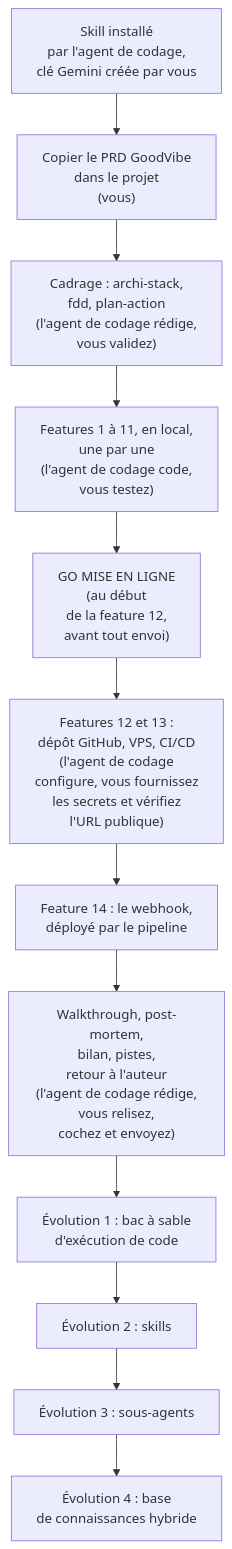
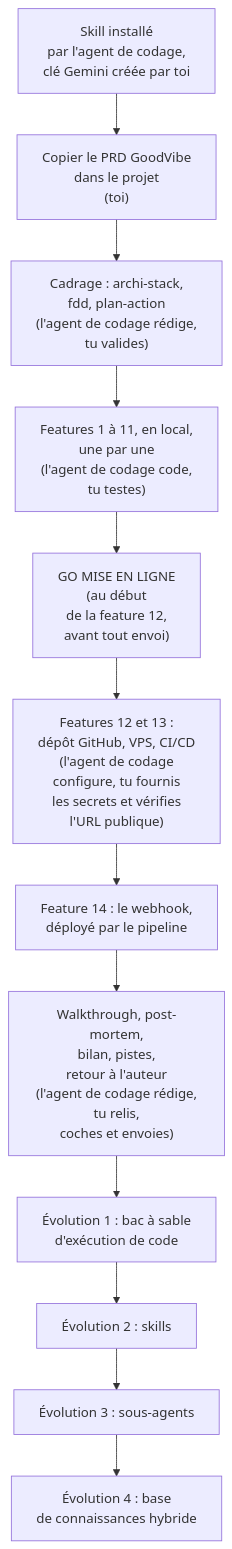
One commit to lecinquiemejour-code/goodvibe-tuto changed the first of 42 diagrams in tuto-goodvibe-vibecoding.md. Above: the diagram before and after it, drawn with Mermaid. The commit also changed other lines of this file, not shown here.

Commit message:
docs(tuto): les sections 1 à 4 tutoient le pilote, du titre à la ceinture

````diff
--- a/tuto-goodvibe-vibecoding.md
+++ b/tuto-goodvibe-vibecoding.md
@@ -213,14 +213,14 @@
 ```mermaid
 flowchart TD
-    A["Skill installé<br/>par l'agent de codage,<br/>clé Gemini créée par vous"] --> B["Copier le PRD GoodVibe<br/>dans le projet<br/>(vous)"]
-    B --> C["Cadrage : archi-stack,<br/>fdd, plan-action<br/>(l'agent de codage rédige,<br/>vous validez)"]
-    C --> D["Features 1 à 11, en local,<br/>une par une<br/>(l'agent de codage code,<br/>vous testez)"]
+    A["Skill installé<br/>par l'agent de codage,<br/>clé Gemini créée par toi"] --> B["Copier le PRD GoodVibe<br/>dans le projet<br/>(toi)"]
+    B --> C["Cadrage : archi-stack,<br/>fdd, plan-action<br/>(l'agent de codage rédige,<br/>tu valides)"]
+    C --> D["Features 1 à 11, en local,<br/>une par une<br/>(l'agent de codage code,<br/>tu testes)"]
     D --> F["GO MISE EN LIGNE<br/>(au début<br/>de la feature 12,<br/>avant tout envoi)"]
-    F --> E["Features 12 et 13 :<br/>dépôt GitHub, VPS, CI/CD<br/>(l'agent de codage<br/>configure, vous fournissez<br/>les secrets et vérifiez<br/>l'URL publique)"]
+    F --> E["Features 12 et 13 :<br/>dépôt GitHub, VPS, CI/CD<br/>(l'agent de codage<br/>configure, tu fournis<br/>les secrets et vérifies<br/>l'URL publique)"]
     E --> F2["Feature 14 : le webhook,<br/>déployé par le pipeline"]
-    F2 --> G["Walkthrough, post-mortem,<br/>bilan, pistes,<br/>retour à l'auteur<br/>(l'agent de codage rédige,<br/>vous relisez,<br/>cochez et envoyez)"]
+    F2 --> G["Walkthrough, post-mortem,<br/>bilan, pistes,<br/>retour à l'auteur<br/>(l'agent de codage rédige,<br/>tu relis,<br/>coches et envoies)"]
     G --> H1["Évolution 1 : bac à sable<br/>d'exécution de code"]
     H1 --> H2["Évolution 2 : skills"]
     H2 --> H3["Évolution 3 : sous-agents"]
     H3 --> H4["Évolution 4 : base<br/>de connaissances hybride"]
 ```
````
